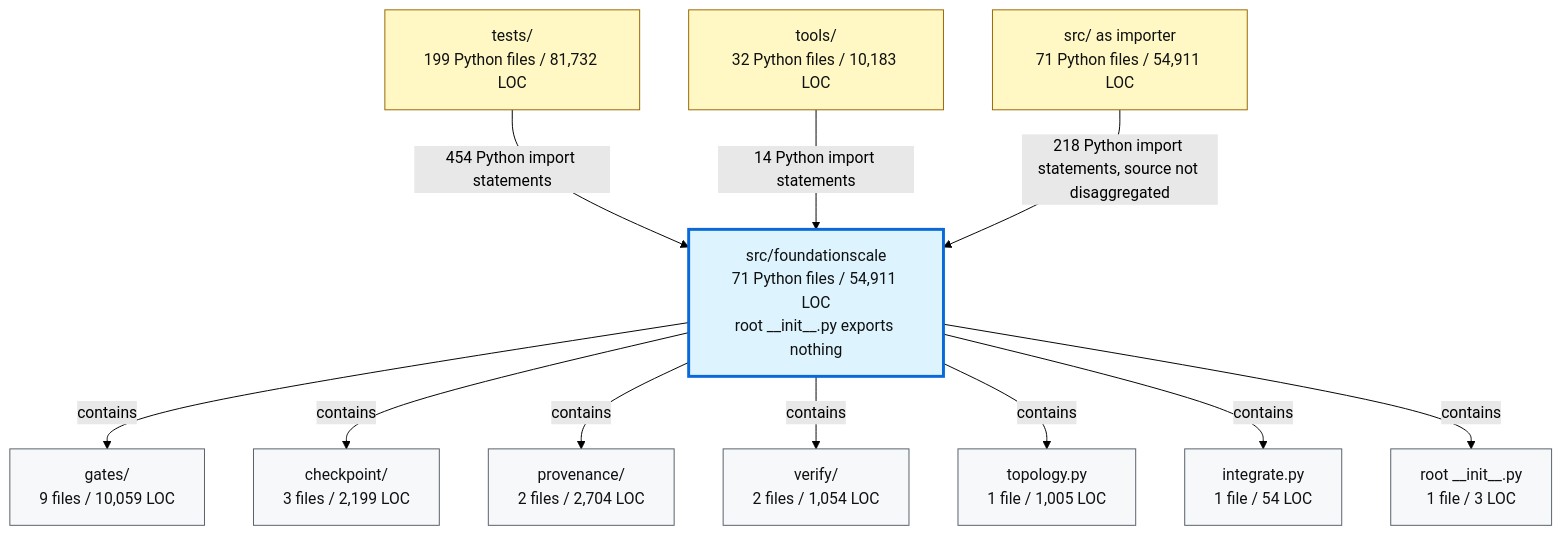
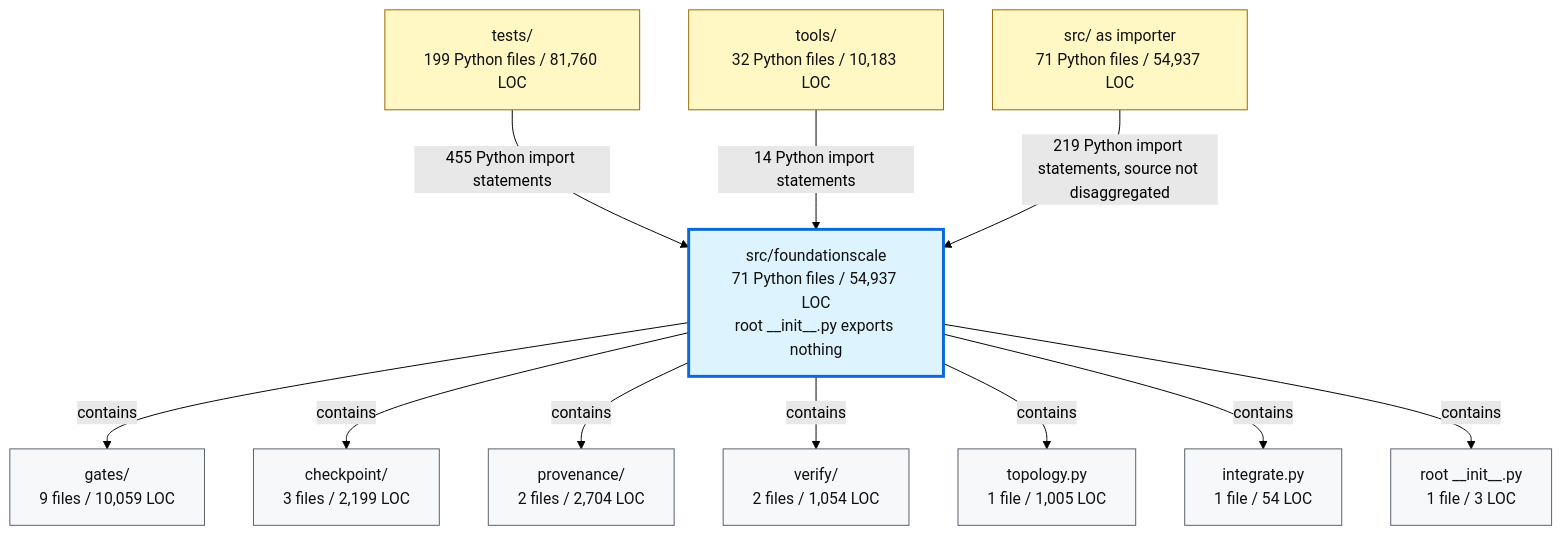
One commit to TranNhiem/FoundationScale changed the second of 2 diagrams in docs/review/D2_current_architecture.md. Above: the diagram before and after it, drawn with Mermaid (forest theme). The commit also changed other lines of this file and 14 other files, not shown here.

````diff
--- a/docs/review/D2_current_architecture.md
+++ b/docs/review/D2_current_architecture.md
@@ -97,36 +97,36 @@
 ```mermaid
 flowchart TB
-  TESTS["tests/<br/>199 Python files / 81,732 LOC"]
+  TESTS["tests/<br/>199 Python files / 81,760 LOC"]
   TOOLS["tools/<br/>32 Python files / 10,183 LOC"]
-  SRC["src/ as importer<br/>71 Python files / 54,911 LOC"]
+  SRC["src/ as importer<br/>71 Python files / 54,937 LOC"]
 
-  FS["src/foundationscale<br/>71 Python files / 54,911 LOC<br/>root __init__.py exports nothing"]
+  FS["src/foundationscale<br/>71 Python files / 54,937 LOC<br/>root __init__.py exports nothing"]
 
   GATES["gates/<br/>9 files / 10,059 LOC"]
   CKPT["checkpoint/<br/>3 files / 2,199 LOC"]
   PROV["provenance/<br/>2 files / 2,704 LOC"]
   VERIFY["verify/<br/>2 files / 1,054 LOC"]
   TOPO["topology.py<br/>1 file / 1,005 LOC"]
   INTEG["integrate.py<br/>1 file / 54 LOC"]
   ROOT["root __init__.py<br/>1 file / 3 LOC"]
 
-  TESTS -->|"454 Python import statements"| FS
+  TESTS -->|"455 Python import statements"| FS
   TOOLS -->|"14 Python import statements"| FS
-  SRC -->|"218 Python import statements, source not disaggregated"| FS
+  SRC -->|"219 Python import statements, source not disaggregated"| FS
 
   FS -->|"contains"| GATES
   FS -->|"contains"| CKPT
   FS -->|"contains"| PROV
   FS -->|"contains"| VERIFY
   FS -->|"contains"| TOPO
   FS -->|"contains"| INTEG
   FS -->|"contains"| ROOT
 
   classDef consumer fill:#fff8c5,stroke:#9a6700,color:#111;
   classDef package fill:#ddf4ff,stroke:#0969da,stroke-width:3px,color:#111;
   classDef module fill:#f6f8fa,stroke:#57606a,color:#111;
 
   class TESTS,TOOLS,SRC consumer;
   class FS package;
   class GATES,CKPT,PROV,VERIFY,TOPO,INTEG,ROOT module;
 ```
````
